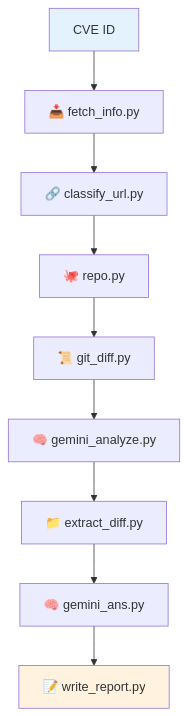
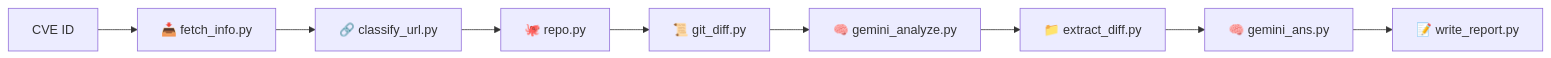
The diagram in README.md (tuananh244/First_agent), drawn with Mermaid before and after one commit.

````diff
--- a/README.md
+++ b/README.md
@@ -9,15 +9,13 @@
 ```mermaid
-graph TD
+graph LR
 
     A[CVE ID] --> B[📥 fetch_info.py]
     B --> C[🔗 classify_url.py ]
     C --> D[🐙 repo.py]
     D --> E[📜 git_diff.py]
     E --> F[🧠 gemini_analyze.py]
     F --> G[📁 extract_diff.py]
     G --> H[🧠 gemini_ans.py]
     H --> I[📝 write_report.py]
 
-    style A fill:#e3f2fd
-    style I fill:#fff3e0
 ```
````
